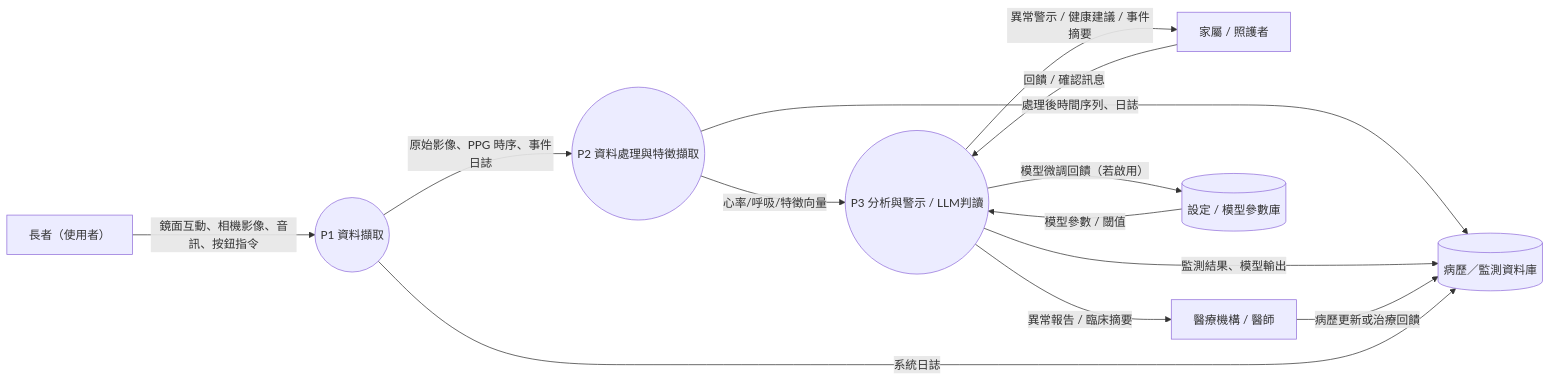
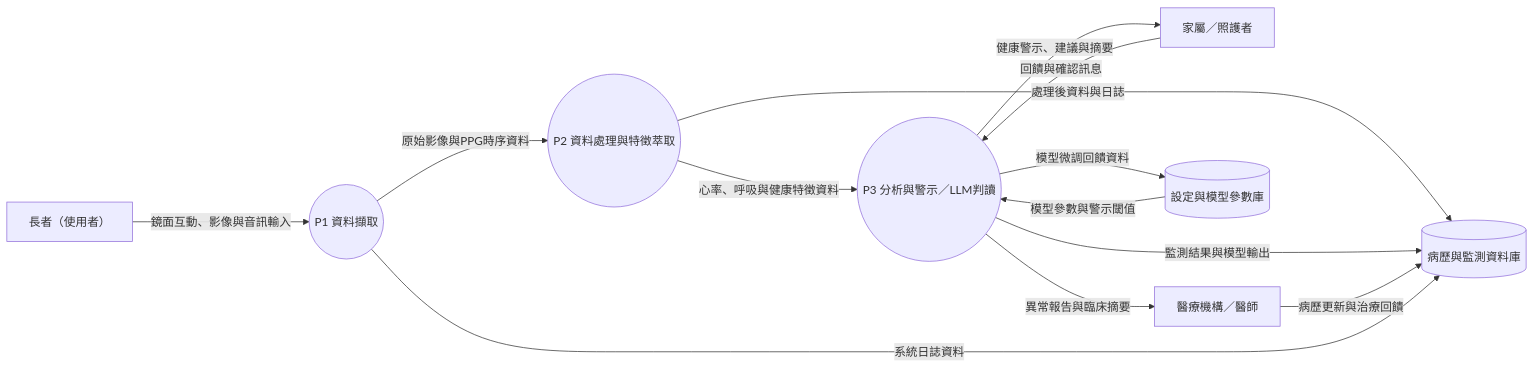
The second of 2 diagrams in dfd.md (C112118243/Group2), drawn with Mermaid before and after one commit. The commit also changed other lines of this file, not shown here.

````diff
--- a/dfd.md
+++ b/dfd.md
@@ -1,31 +26,32 @@
 ```mermaid
 
 flowchart LR
-  %% External entities
+  %% 外部實體
   Elderly[長者（使用者）]
-  Caregiver[家屬 / 照護者]
-  Medical[醫療機構 / 醫師]
+  Caregiver[家屬／照護者]
+  Medical[醫療機構／醫師]
 
-  %% Processes (用圓形表示)
+  %% 處理程序
   P1((P1 資料擷取))
-  P2((P2 資料處理與特徵擷取))
-  P3((P3 分析與警示 / LLM判讀))
+  P2((P2 資料處理與特徵萃取))
+  P3((P3 分析與警示／LLM判讀))
 
-  %% Data stores (資料庫)
-  DS1[(病歷／監測資料庫)]
-  DS2[(設定 / 模型參數庫)]
+  %% 資料庫
+  DS1[(病歷與監測資料庫)]
+  DS2[(設定與模型參數庫)]
 
   %% 資料流程
-  Elderly -->|鏡面互動、相機影像、音訊、按鈕指令| P1
-  P1 -->|原始影像、PPG 時序、事件日誌| P2
-  P2 -->|心率/呼吸/特徵向量| P3
-  P2 -->|處理後時間序列、日誌| DS1
-  P3 -->|異常警示 / 健康建議 / 事件摘要| Caregiver
-  P3 -->|異常報告 / 臨床摘要| Medical
-  P3 -->|監測結果、模型輸出| DS1
-  DS2 -->|模型參數 / 閾值| P3
-  Caregiver -->|回饋 / 確認訊息| P3
-  Medical -->|病歷更新或治療回饋| DS1
-  P1 -->|系統日誌| DS1
-  P3 -->|模型微調回饋（若啟用）| DS2
+  Elderly -->|鏡面互動、影像與音訊輸入| P1
+  P1 -->|原始影像與PPG時序資料| P2
+  P2 -->|心率、呼吸與健康特徵資料| P3
+  P2 -->|處理後資料與日誌| DS1
+  P3 -->|健康警示、建議與摘要| Caregiver
+  P3 -->|異常報告與臨床摘要| Medical
+  P3 -->|監測結果與模型輸出| DS1
+  DS2 -->|模型參數與警示閾值| P3
+  Caregiver -->|回饋與確認訊息| P3
+  Medical -->|病歷更新與治療回饋| DS1
+  P1 -->|系統日誌資料| DS1
+  P3 -->|模型微調回饋資料| DS2
+
 ```
````
